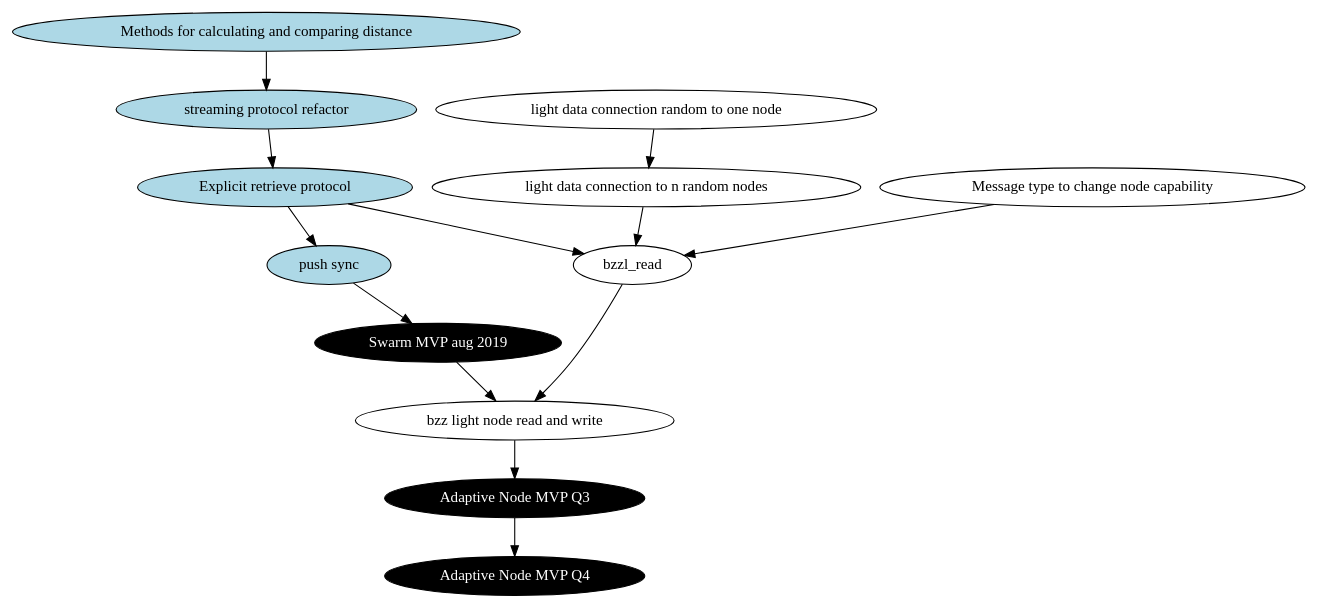
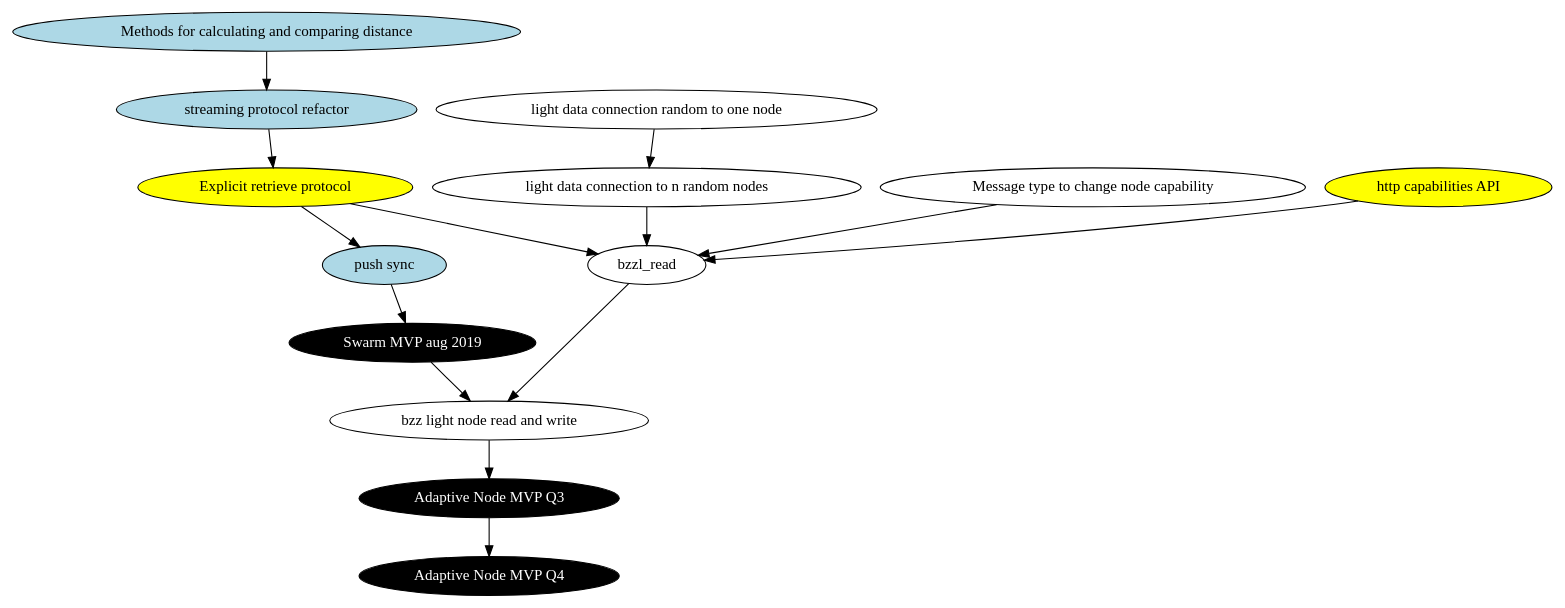
The diagram in bzzdep.dot (nolash/swarm-adaptive-node), drawn with Graphviz before and after one commit. The commit also changed 3 other files, not shown here.

Commit message:
Add http caps, move retrieve proto to undecided

```diff
--- a/bzzdep.dot
+++ b/bzzdep.dot
@@ -1,21 +1,24 @@
 digraph {
 	distance_core [label="Methods for calculating and comparing distance",style="filled",fillcolor="lightblue"]
 	streaming_proto [label="streaming protocol refactor",style="filled",fillcolor="lightblue"]
-	retrieve_proto [label="Explicit retrieve protocol",style="filled",fillcolor="lightblue"]
+	retrieve_proto [label="Explicit retrieve protocol",style="filled",fillcolor="yellow"]
 	pushsync [label="push sync",style="filled",fillcolor="lightblue"]
 	bzzl_readwrite [label="bzz light node read and write"]
 	hive_random_simple [label="light data connection random to one node"]
 	hive_random_redundant [label="light data connection to n random nodes"]
 	discovery_caps [label="Message type to change node capability"]
+	httpcaps [label="http capabilities API",style="filled",fillcolor="yellow"]
+
 	mvp_aug [label="Swarm MVP aug 2019",style="filled",fillcolor="black",fontcolor="white"]
 	mvp_q3 [label="Adaptive Node MVP Q3",style="filled",fillcolor="black",fontcolor="white"]
 	mvp_q4 [label="Adaptive Node MVP Q4",style="filled",fillcolor="black",fontcolor="white"]
 
 
 	distance_core -> streaming_proto -> retrieve_proto -> pushsync -> mvp_aug
 	retrieve_proto -> bzzl_read
 	hive_random_simple -> hive_random_redundant -> bzzl_read -> bzzl_readwrite
 	discovery_caps -> bzzl_read
+	httpcaps -> bzzl_read
 
 	mvp_aug -> bzzl_readwrite -> mvp_q3 -> mvp_q4
 }
```
